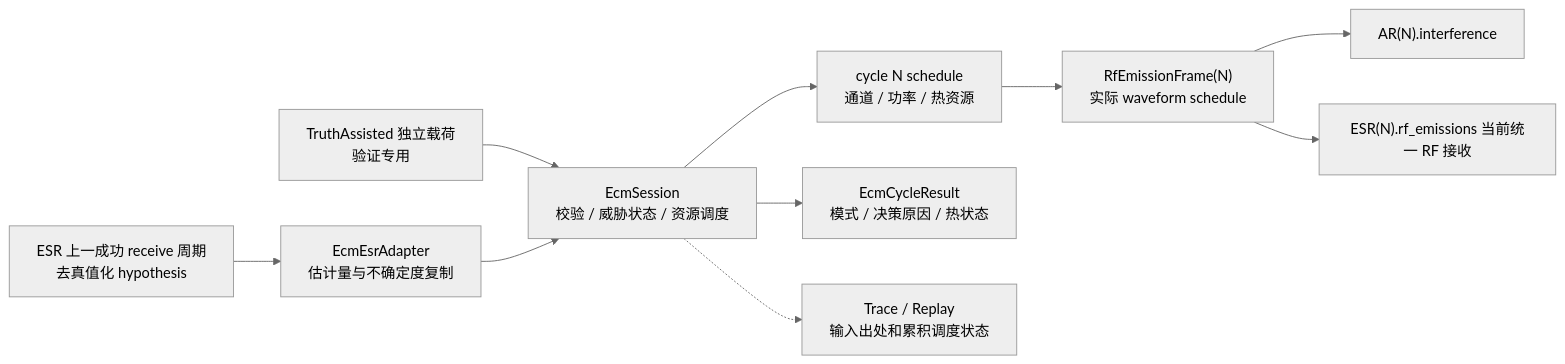
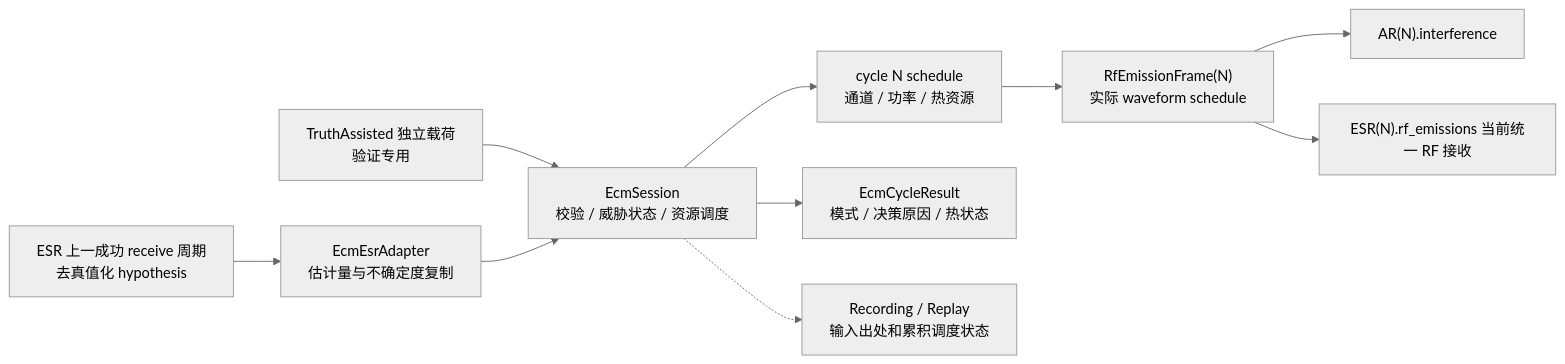
The diagram in docs/electronic_countermeasure/design.md (boilwater-3/1q), drawn with Mermaid (neutral theme) before and after one commit. The commit also changed other lines of this file and 100 other files, not shown here.

````diff
--- a/docs/electronic_countermeasure/design.md
+++ b/docs/electronic_countermeasure/design.md
@@ -17,12 +17,12 @@
 ```mermaid
 flowchart LR
   ESR["ESR 上一成功 receive 周期\n去真值化 hypothesis"] --> Adapter["EcmEsrAdapter\n估计量与不确定度复制"]
   Truth["TruthAssisted 独立载荷\n验证专用"] --> Session["EcmSession\n校验 / 威胁状态 / 资源调度"]
   Adapter --> Session
   Session --> Scheduler["cycle N schedule\n通道 / 功率 / 热资源"]
   Scheduler --> Raw["RfEmissionFrame(N)\n实际 waveform schedule"]
   Raw --> AR["AR(N).interference"]
   Session --> Result["EcmCycleResult\n模式 / 决策原因 / 热状态"]
   Raw --> ESR2["ESR(N).rf_emissions 当前统一 RF 接收"]
-  Session -.-> Trace["Trace / Replay\n输入出处和累积调度状态"]
+  Session -.-> Trace["Recording / Replay\n输入出处和累积调度状态"]
 ```
````
